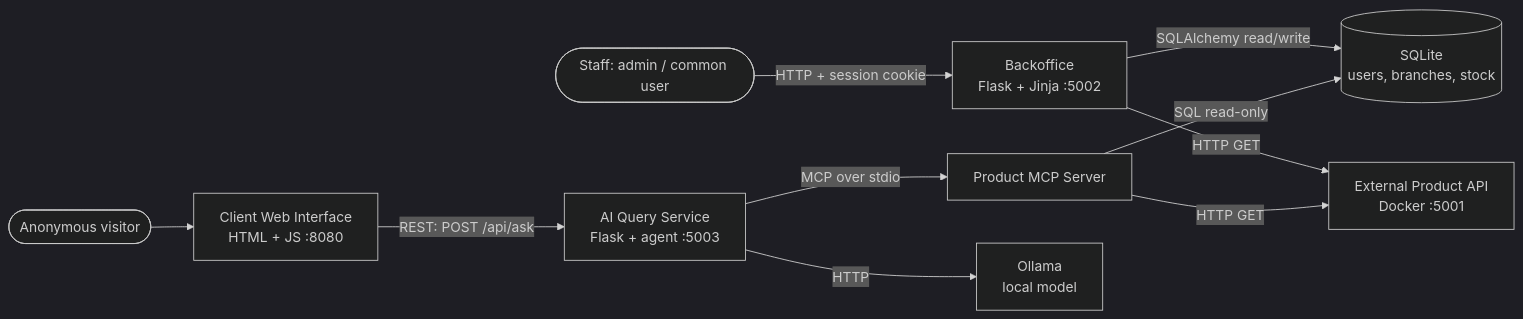
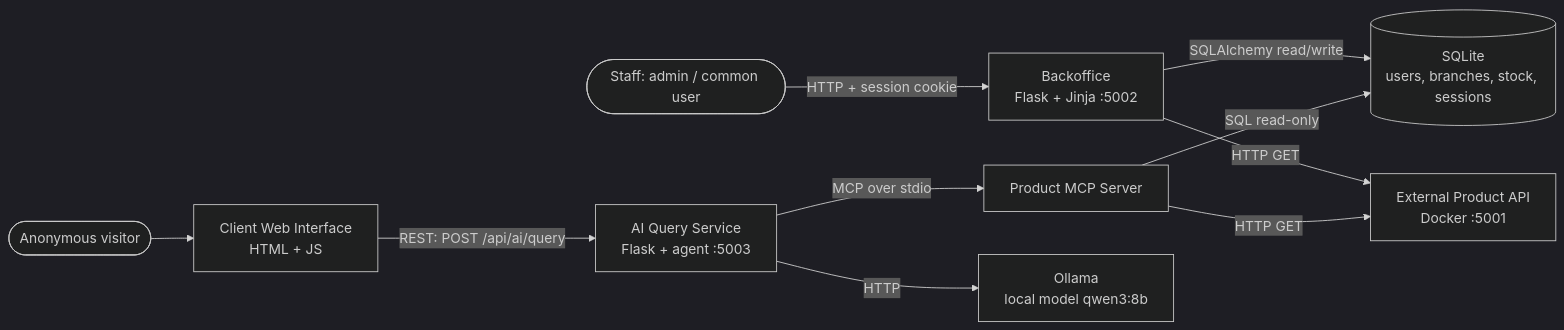
One commit to The-TO/HBntory_T_T_D changed the first of 2 diagrams in docs/architecture.md. Above: the diagram before and after it, drawn with Mermaid (dark theme). The commit also changed other lines of this file and 2 other files, not shown here.

Commit message:
FEAT: add AI Query Service documentation with supported questions, error handling, and endpoint details; update architecture and MCP server descriptions

````diff
--- a/docs/architecture.md
+++ b/docs/architecture.md
@@ -58,12 +63,12 @@
 ```mermaid
 flowchart LR
     Staff([Staff: admin / common user]) -->|HTTP + session cookie| BO[Backoffice<br>Flask + Jinja :5002]
-    Visitor([Anonymous visitor]) --> CW[Client Web Interface<br>HTML + JS :8080]
-    CW -->|REST: POST /api/ask| AI[AI Query Service<br>Flask + agent :5003]
+    Visitor([Anonymous visitor]) --> CW[Client Web Interface<br>HTML + JS]
+    CW -->|REST: POST /api/ai/query| AI[AI Query Service<br>Flask + agent :5003]
     AI -->|MCP over stdio| MCP[Product MCP Server]
-    AI -->|HTTP| LLM[Ollama<br>local model]
-    BO -->|SQLAlchemy read/write| DB[(SQLite<br>users, branches, stock)]
+    AI -->|HTTP| LLM[Ollama<br>local model qwen3:8b]
+    BO -->|SQLAlchemy read/write| DB[(SQLite<br>users, branches, stock, sessions)]
     MCP -->|SQL read-only| DB
     BO -->|HTTP GET| API[External Product API<br>Docker :5001]
     MCP -->|HTTP GET| API
 ```
````
